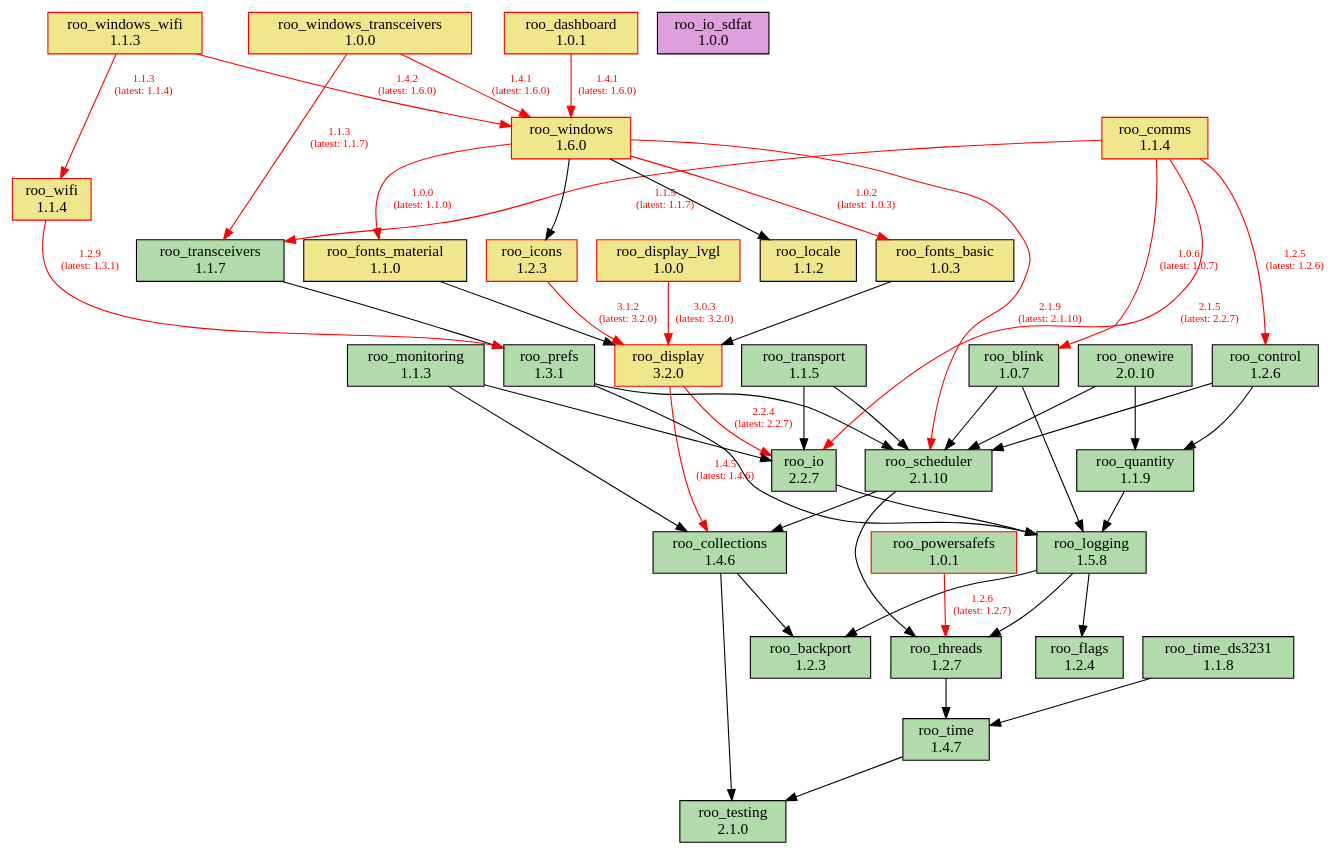
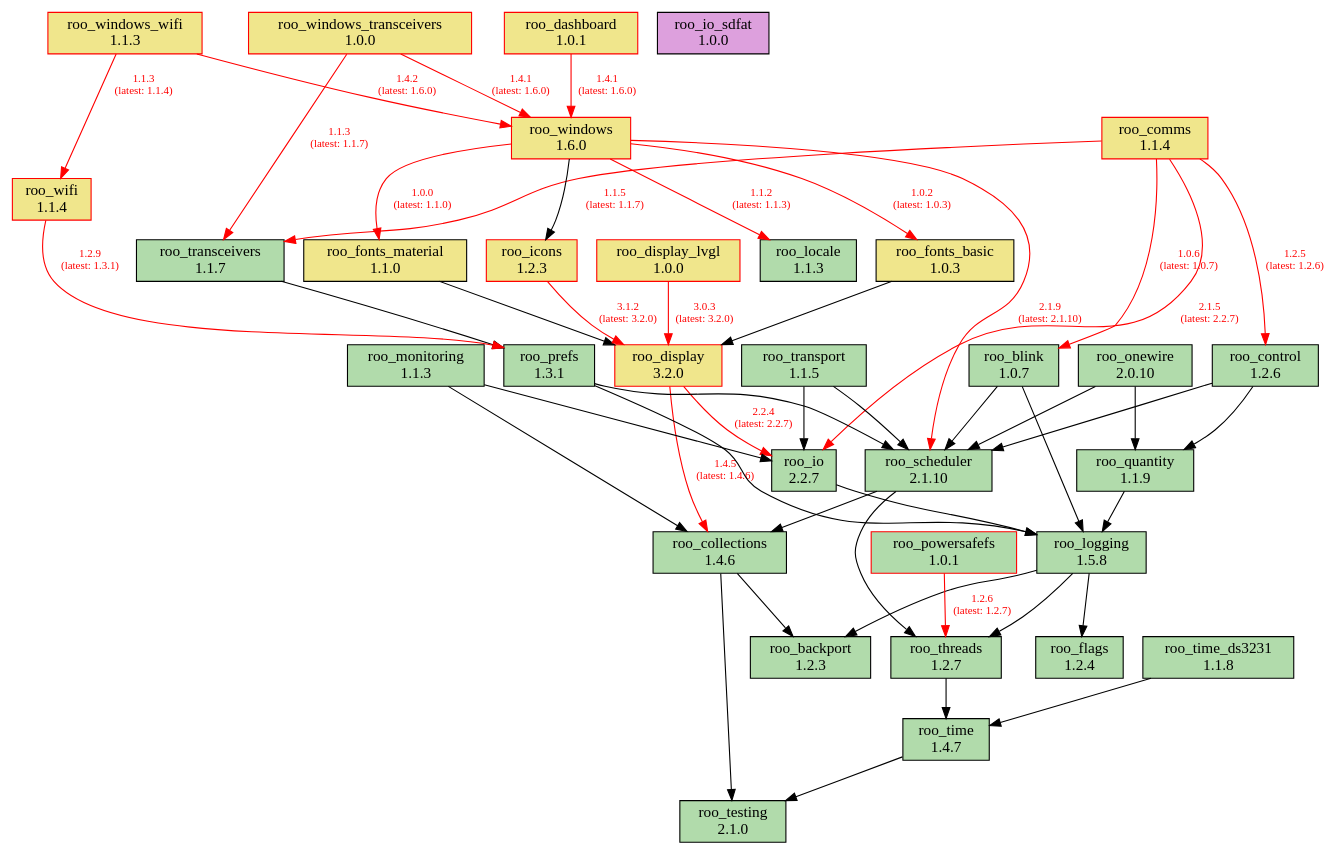
The diagram in doc/dependencies.dot (dejwk/roo-registry), drawn with Graphviz before and after one commit. The commit also changed 3 other files, not shown here.

Commit message:
Added roo_locale 1.1.3 to the registry.

```diff
--- a/doc/dependencies.dot
+++ b/doc/dependencies.dot
@@ -1,88 +1,88 @@
 digraph dependencies {
     rankdir=TB;
     node [shape=box, style=filled];
     edge [fontsize=10];
 
     // Modules
     "roo_backport" [label="roo_backport\n1.2.3", fillcolor="#b1dbab", color="black"];
     "roo_blink" [label="roo_blink\n1.0.7", fillcolor="#b1dbab", color="black"];
     "roo_collections" [label="roo_collections\n1.4.6", fillcolor="#b1dbab", color="black"];
     "roo_comms" [label="roo_comms\n1.1.4", fillcolor="khaki", color="red"];
     "roo_control" [label="roo_control\n1.2.6", fillcolor="#b1dbab", color="black"];
     "roo_dashboard" [label="roo_dashboard\n1.0.1", fillcolor="khaki", color="red"];
     "roo_display" [label="roo_display\n3.2.0", fillcolor="khaki", color="red"];
     "roo_display_lvgl" [label="roo_display_lvgl\n1.0.0", fillcolor="khaki", color="red"];
     "roo_flags" [label="roo_flags\n1.2.4", fillcolor="#b1dbab", color="black"];
     "roo_fonts_basic" [label="roo_fonts_basic\n1.0.3", fillcolor="khaki", color="black"];
     "roo_fonts_material" [label="roo_fonts_material\n1.1.0", fillcolor="khaki", color="black"];
     "roo_icons" [label="roo_icons\n1.2.3", fillcolor="khaki", color="red"];
     "roo_io" [label="roo_io\n2.2.7", fillcolor="#b1dbab", color="black"];
     "roo_io_sdfat" [label="roo_io_sdfat\n1.0.0", fillcolor="plum", color="black"];
-    "roo_locale" [label="roo_locale\n1.1.2", fillcolor="khaki", color="black"];
+    "roo_locale" [label="roo_locale\n1.1.3", fillcolor="#b1dbab", color="black"];
     "roo_logging" [label="roo_logging\n1.5.8", fillcolor="#b1dbab", color="black"];
     "roo_monitoring" [label="roo_monitoring\n1.1.3", fillcolor="#b1dbab", color="black"];
     "roo_onewire" [label="roo_onewire\n2.0.10", fillcolor="#b1dbab", color="black"];
     "roo_powersafefs" [label="roo_powersafefs\n1.0.1", fillcolor="#b1dbab", color="red"];
     "roo_prefs" [label="roo_prefs\n1.3.1", fillcolor="#b1dbab", color="black"];
     "roo_quantity" [label="roo_quantity\n1.1.9", fillcolor="#b1dbab", color="black"];
     "roo_scheduler" [label="roo_scheduler\n2.1.10", fillcolor="#b1dbab", color="black"];
     "roo_testing" [label="roo_testing\n2.1.0", fillcolor="#b1dbab", color="black"];
     "roo_threads" [label="roo_threads\n1.2.7", fillcolor="#b1dbab", color="black"];
     "roo_time" [label="roo_time\n1.4.7", fillcolor="#b1dbab", color="black"];
     "roo_time_ds3231" [label="roo_time_ds3231\n1.1.8", fillcolor="#b1dbab", color="black"];
     "roo_transceivers" [label="roo_transceivers\n1.1.7", fillcolor="#b1dbab", color="black"];
     "roo_transport" [label="roo_transport\n1.1.5", fillcolor="#b1dbab", color="black"];
     "roo_wifi" [label="roo_wifi\n1.1.4", fillcolor="khaki", color="red"];
     "roo_windows" [label="roo_windows\n1.6.0", fillcolor="khaki", color="red"];
     "roo_windows_transceivers" [label="roo_windows_transceivers\n1.0.0", fillcolor="khaki", color="red"];
     "roo_windows_wifi" [label="roo_windows_wifi\n1.1.3", fillcolor="khaki", color="red"];
 
     // Dependencies
     "roo_blink" -> "roo_logging";
     "roo_blink" -> "roo_scheduler";
     "roo_collections" -> "roo_testing";
     "roo_collections" -> "roo_backport";
     "roo_comms" -> "roo_blink" [color=red, fontcolor=red, label="1.0.6\n(latest: 1.0.7)"];
     "roo_comms" -> "roo_control" [color=red, fontcolor=red, label="1.2.5\n(latest: 1.2.6)"];
     "roo_comms" -> "roo_io" [color=red, fontcolor=red, label="2.1.5\n(latest: 2.2.7)"];
     "roo_comms" -> "roo_transceivers" [color=red, fontcolor=red, label="1.1.5\n(latest: 1.1.7)"];
     "roo_control" -> "roo_quantity";
     "roo_control" -> "roo_scheduler";
     "roo_dashboard" -> "roo_windows" [color=red, fontcolor=red, label="1.4.1\n(latest: 1.6.0)"];
     "roo_display" -> "roo_collections" [color=red, fontcolor=red, label="1.4.5\n(latest: 1.4.6)"];
     "roo_display" -> "roo_io" [color=red, fontcolor=red, label="2.2.4\n(latest: 2.2.7)"];
     "roo_display_lvgl" -> "roo_display" [color=red, fontcolor=red, label="3.0.3\n(latest: 3.2.0)"];
     "roo_fonts_basic" -> "roo_display";
     "roo_fonts_material" -> "roo_display";
     "roo_icons" -> "roo_display" [color=red, fontcolor=red, label="3.1.2\n(latest: 3.2.0)"];
     "roo_io" -> "roo_logging";
     "roo_logging" -> "roo_backport";
     "roo_logging" -> "roo_flags";
     "roo_logging" -> "roo_threads";
     "roo_monitoring" -> "roo_collections";
     "roo_monitoring" -> "roo_io";
     "roo_onewire" -> "roo_scheduler";
     "roo_onewire" -> "roo_quantity";
     "roo_powersafefs" -> "roo_threads" [color=red, fontcolor=red, label="1.2.6\n(latest: 1.2.7)"];
     "roo_prefs" -> "roo_logging";
     "roo_prefs" -> "roo_scheduler";
     "roo_quantity" -> "roo_logging";
     "roo_scheduler" -> "roo_collections";
     "roo_scheduler" -> "roo_threads";
     "roo_threads" -> "roo_time";
     "roo_time" -> "roo_testing";
     "roo_time_ds3231" -> "roo_time";
     "roo_transceivers" -> "roo_prefs";
     "roo_transport" -> "roo_io";
     "roo_transport" -> "roo_scheduler";
     "roo_wifi" -> "roo_prefs" [color=red, fontcolor=red, label="1.2.9\n(latest: 1.3.1)"];
     "roo_windows" -> "roo_fonts_basic" [color=red, fontcolor=red, label="1.0.2\n(latest: 1.0.3)"];
     "roo_windows" -> "roo_fonts_material" [color=red, fontcolor=red, label="1.0.0\n(latest: 1.1.0)"];
-    "roo_windows" -> "roo_locale";
+    "roo_windows" -> "roo_locale" [color=red, fontcolor=red, label="1.1.2\n(latest: 1.1.3)"];
     "roo_windows" -> "roo_icons";
     "roo_windows" -> "roo_scheduler" [color=red, fontcolor=red, label="2.1.9\n(latest: 2.1.10)"];
     "roo_windows_transceivers" -> "roo_transceivers" [color=red, fontcolor=red, label="1.1.3\n(latest: 1.1.7)"];
     "roo_windows_transceivers" -> "roo_windows" [color=red, fontcolor=red, label="1.4.1\n(latest: 1.6.0)"];
     "roo_windows_wifi" -> "roo_wifi" [color=red, fontcolor=red, label="1.1.3\n(latest: 1.1.4)"];
     "roo_windows_wifi" -> "roo_windows" [color=red, fontcolor=red, label="1.4.2\n(latest: 1.6.0)"];
 }
```
